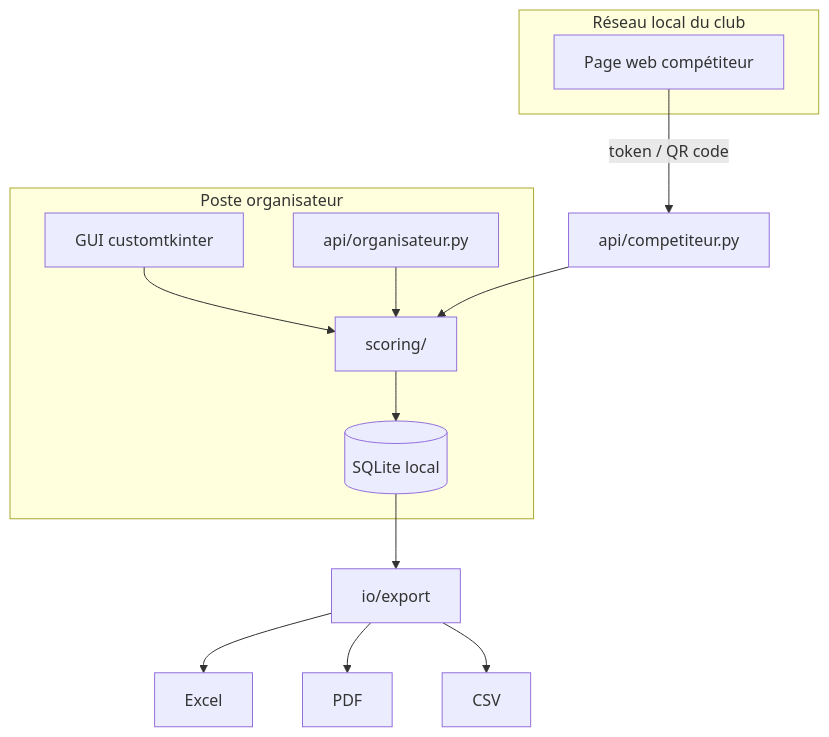
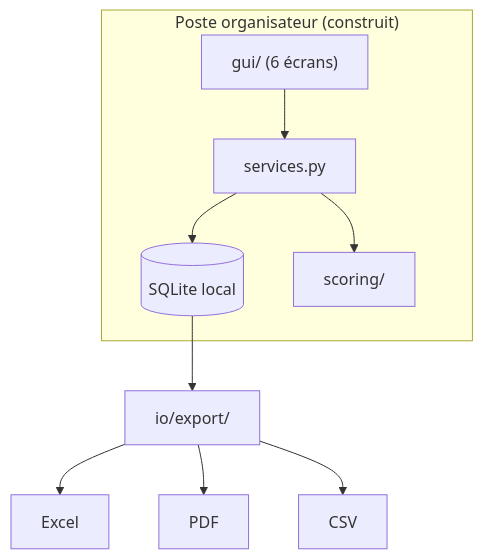
Before and after one commit to MrFanghoDev/fletchscore: the diagram in docs/cahier-des-charges/architecture.rst, drawn with Mermaid. The commit also changed other lines of this file and 10 other files, not shown here.

```diff
--- a/docs/cahier-des-charges/architecture.rst
+++ b/docs/cahier-des-charges/architecture.rst
@@ -46,26 +55,17 @@
 .. mermaid::
 
    flowchart TB
-       subgraph Poste organisateur
-           GUI[GUI customtkinter]
-           API_ORG[api/organisateur.py]
+       subgraph "Poste organisateur (construit)"
+           GUI["gui/ (6 écrans)"]
+           SERVICES[services.py]
            DB[(SQLite local)]
            SCORING[scoring/]
-           GUI --> SCORING
-           API_ORG --> SCORING
-           SCORING --> DB
+           GUI --> SERVICES
+           SERVICES --> SCORING
+           SERVICES --> DB
        end
 
-       subgraph Réseau local du club
-           WEB[Page web compétiteur]
-       end
-
-       API_COMPET[api/competiteur.py]
-
-       WEB -->|token / QR code| API_COMPET
-       API_COMPET --> SCORING
-
-       DB --> EXPORT[io/export]
+       DB --> EXPORT["io/export/"]
        EXPORT --> XLSX[Excel]
        EXPORT --> PDF[PDF]
        EXPORT --> CSV[CSV]
```
